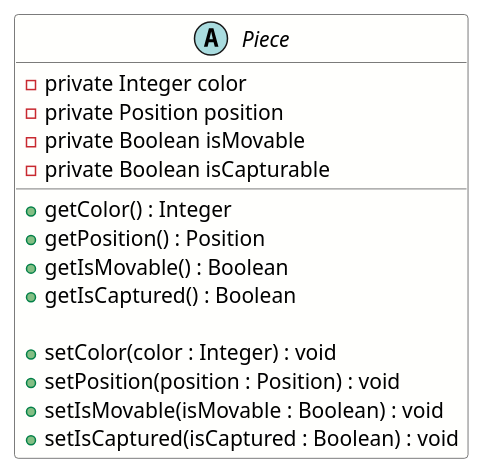
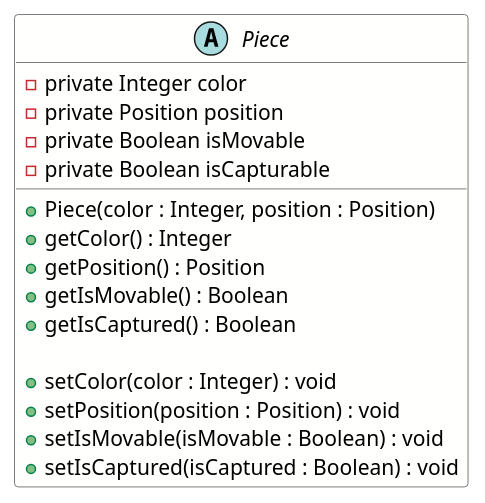
One commit to Lienub/ChessGame changed the diagram in uml/Piece.puml. Above: the diagram before and after it, drawn with PlantUML. The commit also changed 8 other files, not shown here.

```diff
--- a/uml/Piece.puml
+++ b/uml/Piece.puml
@@ -1,23 +1,25 @@
 @startuml
 skinparam classBorderColor #4F4F4F
 skinparam classBackgroundColor #FFFFFD
 
 abstract class Piece {
     - private Integer color
     - private Position position
     - private Boolean isMovable
     - private Boolean isCapturable
 
+    + Piece(color : Integer, position : Position)
     + getColor() : Integer
     + getPosition() : Position
     + getIsMovable() : Boolean
     + getIsCaptured() : Boolean
 
     + setColor(color : Integer) : void
     + setPosition(position : Position) : void
     + setIsMovable(isMovable : Boolean) : void
     + setIsCaptured(isCaptured : Boolean) : void
 
 }
 
+
 @enduml
```
